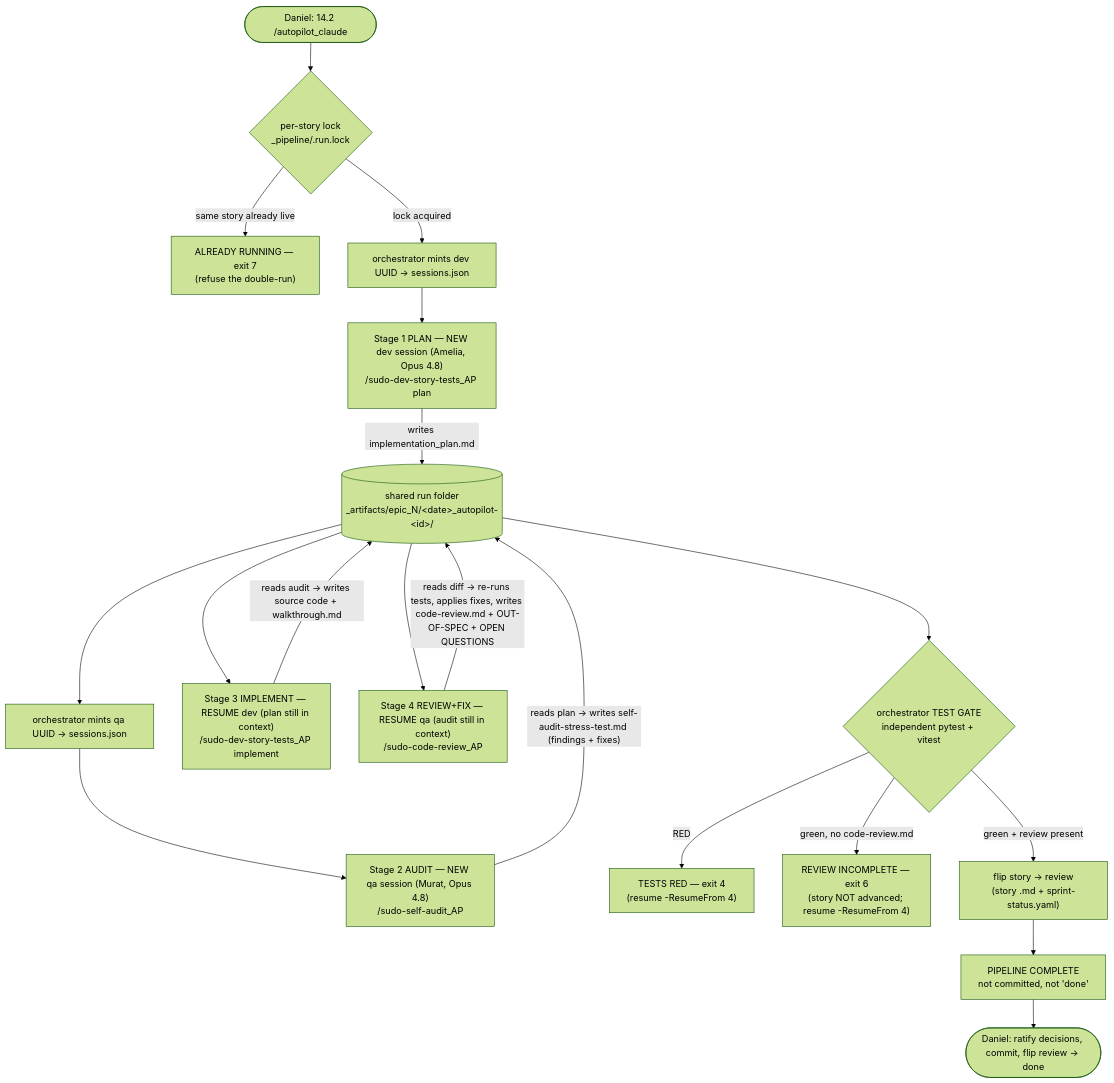
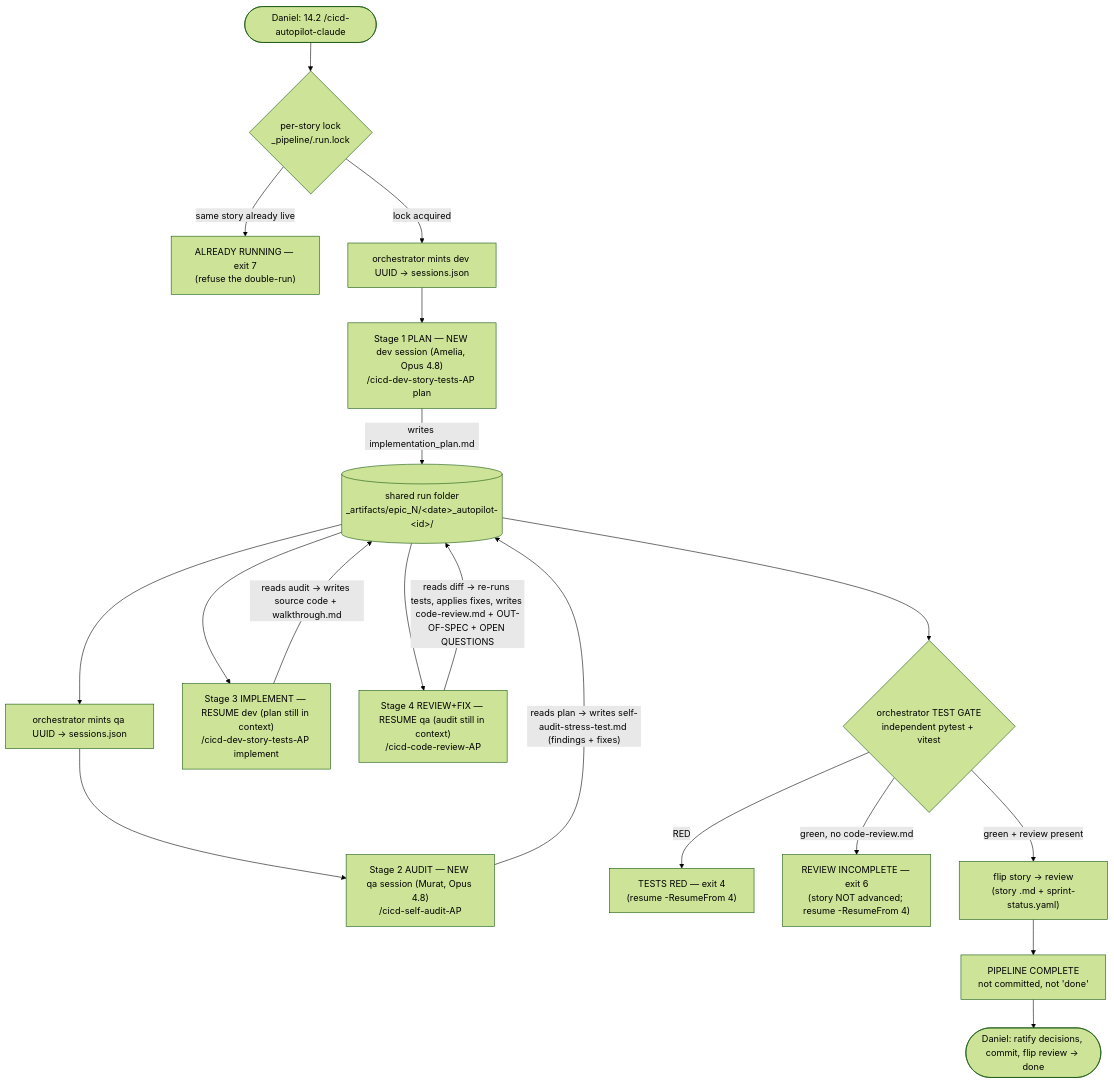
The first of 5 diagrams in _my_resources/diagrams_guides/system/autopilot_bmad_dev_loop.md (sudomadhatter/Sudo_Hatter_Command), drawn with Mermaid (forest theme) before and after one commit. The commit also changed other lines of this file and 402 other files, not shown here.

````diff
--- a/_my_resources/diagrams_guides/system/autopilot_bmad_dev_loop.md
+++ b/_my_resources/diagrams_guides/system/autopilot_bmad_dev_loop.md
@@ -64,21 +64,21 @@
 ```mermaid
 flowchart TD
-    D(["Daniel: 14.2 /autopilot_claude"]) --> LK{"per-story lock<br/>_pipeline/.run.lock"}
+    D(["Daniel: 14.2 /cicd-autopilot-claude"]) --> LK{"per-story lock<br/>_pipeline/.run.lock"}
     LK -->|"same story already live"| X7["ALREADY RUNNING — exit 7<br/>(refuse the double-run)"]
     LK -->|"lock acquired"| M1["orchestrator mints dev UUID -> sessions.json"]
-    M1 --> S1["Stage 1 PLAN — NEW dev session (Amelia, Opus 4.8)<br/>/sudo-dev-story-tests_AP plan"]
+    M1 --> S1["Stage 1 PLAN — NEW dev session (Amelia, Opus 4.8)<br/>/cicd-dev-story-tests-AP plan"]
     S1 -->|"writes implementation_plan.md"| F[("shared run folder<br/>_artifacts/epic_N/&lt;date&gt;_autopilot-&lt;id&gt;/")]
     F --> M2["orchestrator mints qa UUID -> sessions.json"]
-    M2 --> S2["Stage 2 AUDIT — NEW qa session (Murat, Opus 4.8)<br/>/sudo-self-audit_AP"]
+    M2 --> S2["Stage 2 AUDIT — NEW qa session (Murat, Opus 4.8)<br/>/cicd-self-audit-AP"]
     S2 -->|"reads plan -> writes self-audit-stress-test.md (findings + fixes)"| F
-    F --> S3["Stage 3 IMPLEMENT — RESUME dev (plan still in context)<br/>/sudo-dev-story-tests_AP implement"]
+    F --> S3["Stage 3 IMPLEMENT — RESUME dev (plan still in context)<br/>/cicd-dev-story-tests-AP implement"]
     S3 -->|"reads audit -> writes source code + walkthrough.md"| F
-    F --> S4["Stage 4 REVIEW+FIX — RESUME qa (audit still in context)<br/>/sudo-code-review_AP"]
+    F --> S4["Stage 4 REVIEW+FIX — RESUME qa (audit still in context)<br/>/cicd-code-review-AP"]
     S4 -->|"reads diff -> re-runs tests, applies fixes, writes code-review.md + OUT-OF-SPEC + OPEN QUESTIONS"| F
     F --> G{"orchestrator TEST GATE<br/>independent pytest + vitest"}
     G -->|"RED"| RED["TESTS RED — exit 4<br/>(resume -ResumeFrom 4)"]
     G -->|"green, no code-review.md"| RI["REVIEW INCOMPLETE — exit 6<br/>(story NOT advanced; resume -ResumeFrom 4)"]
     G -->|"green + review present"| RV["flip story -> review<br/>(story .md + sprint-status.yaml)"]
     RV --> DONE["PIPELINE COMPLETE<br/>not committed, not 'done'"]
     DONE --> D2(["Daniel: ratify decisions, commit, flip review -> done"])
 ```
````
